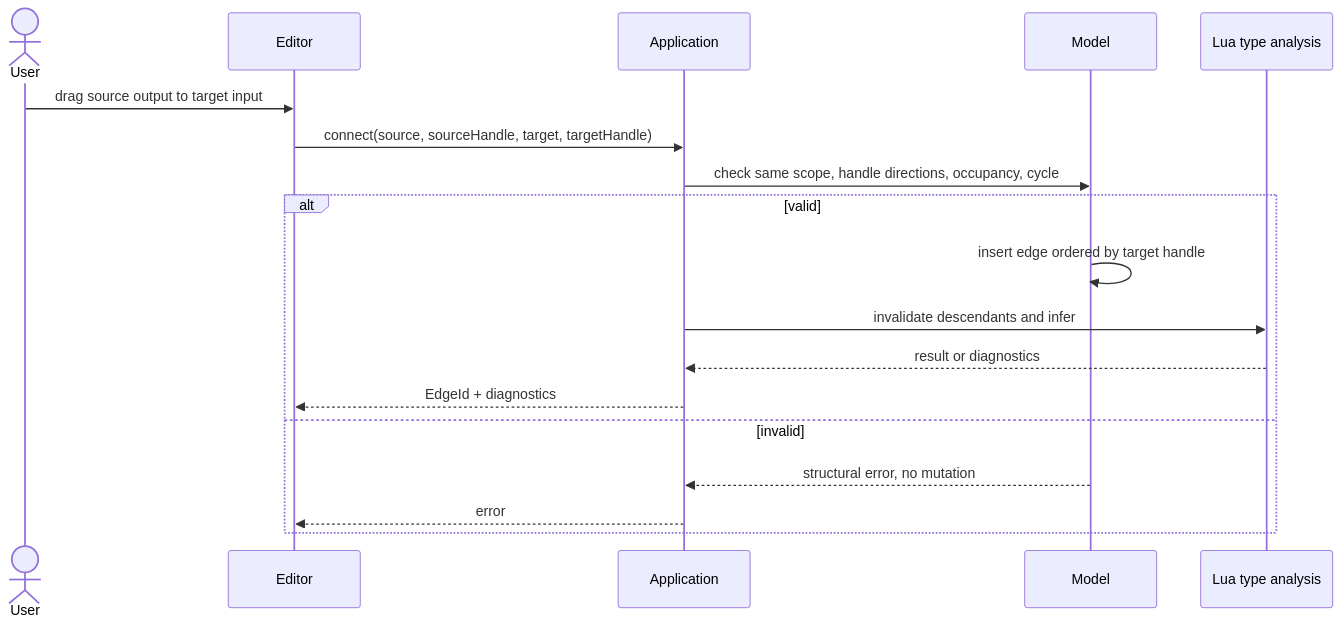
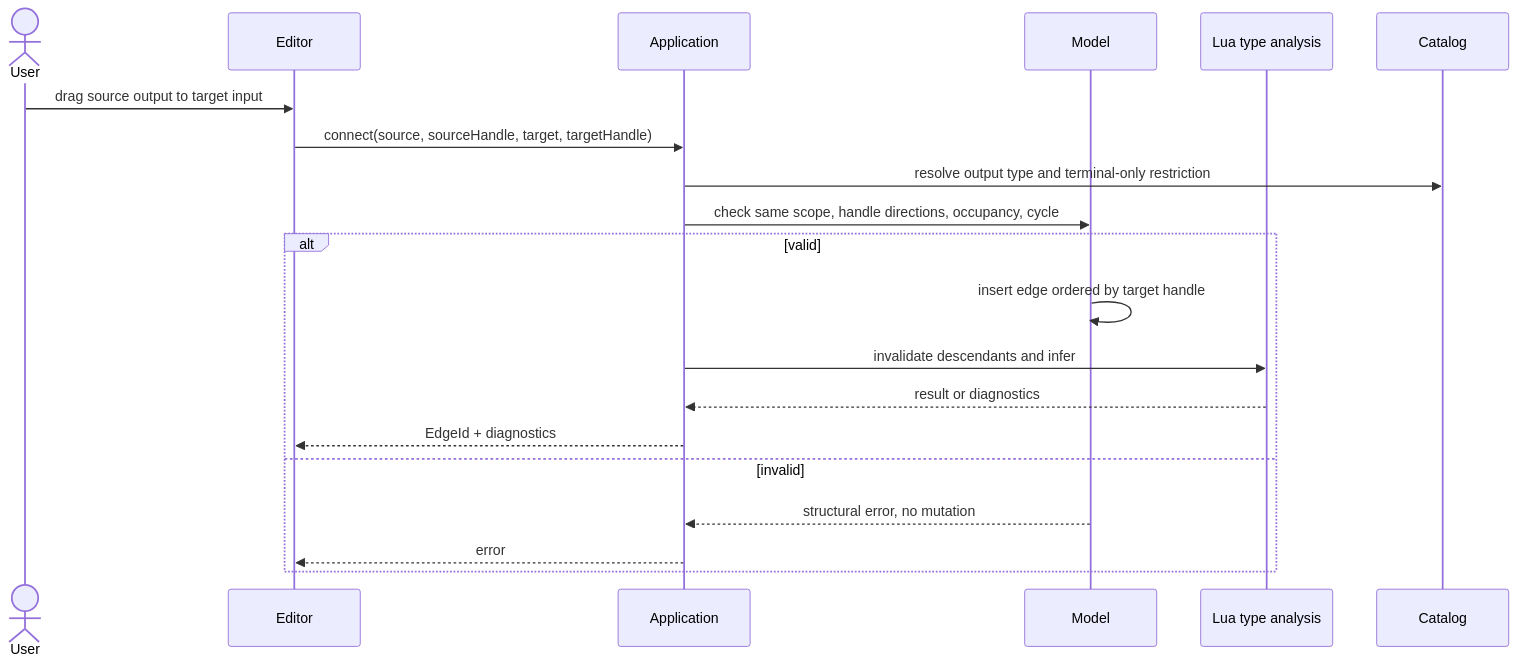
One commit to LucaSforza/nnmodelling-ui changed the third of 9 diagrams in docs/knowledge/uml/sequences.md. Above: the diagram before and after it, drawn with Mermaid. The commit also changed other lines of this file and 19 other files, not shown here.

````diff
--- a/docs/knowledge/uml/sequences.md
+++ b/docs/knowledge/uml/sequences.md
@@ -50,20 +53,21 @@
 ```mermaid
 sequenceDiagram
     actor User
     participant Editor
     participant App as Application
     participant Model
     participant Types as Lua type analysis
     User->>Editor: drag source output to target input
     Editor->>App: connect(source, sourceHandle, target, targetHandle)
+    App->>Catalog: resolve output type and terminal-only restriction
     App->>Model: check same scope, handle directions, occupancy, cycle
     alt valid
       Model->>Model: insert edge ordered by target handle
       App->>Types: invalidate descendants and infer
       Types-->>App: result or diagnostics
       App-->>Editor: EdgeId + diagnostics
     else invalid
       Model-->>App: structural error, no mutation
       App-->>Editor: error
     end
 ```
````
